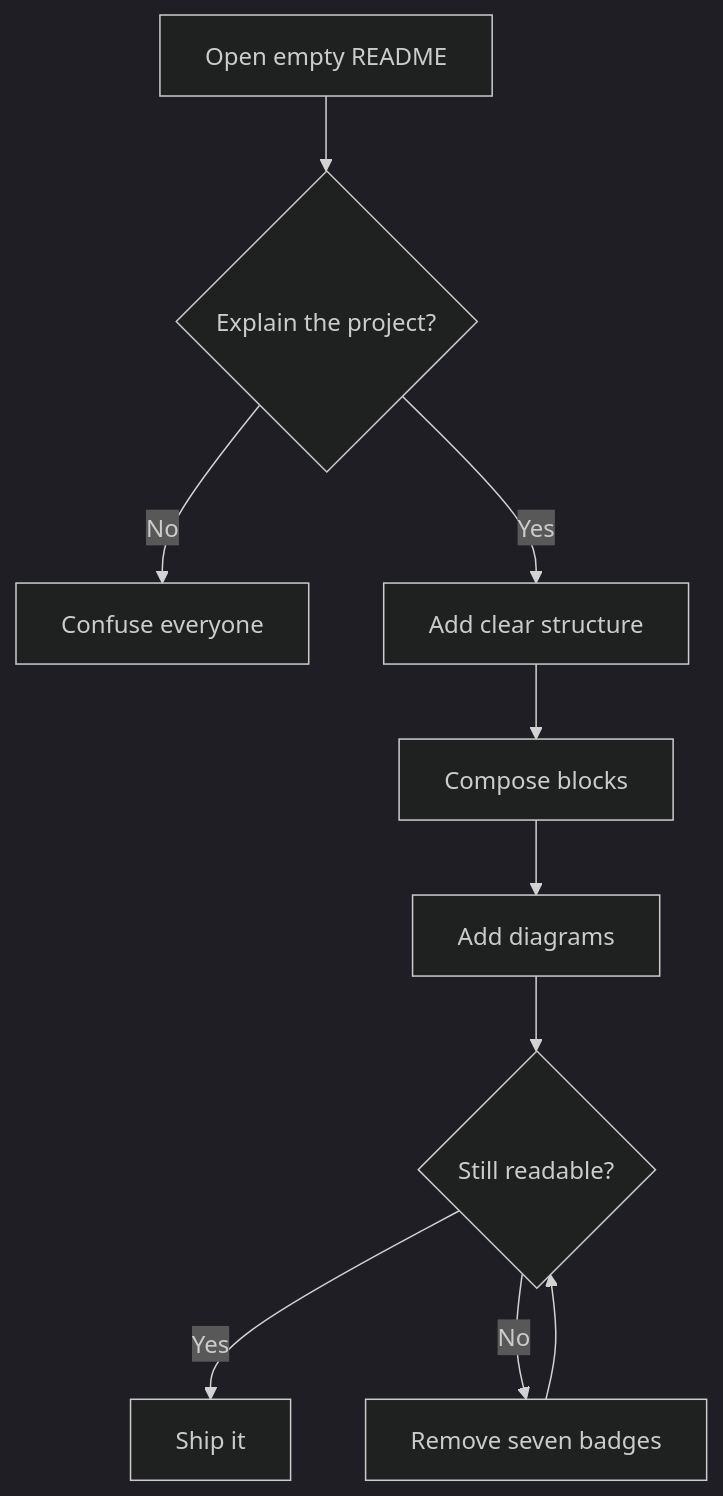
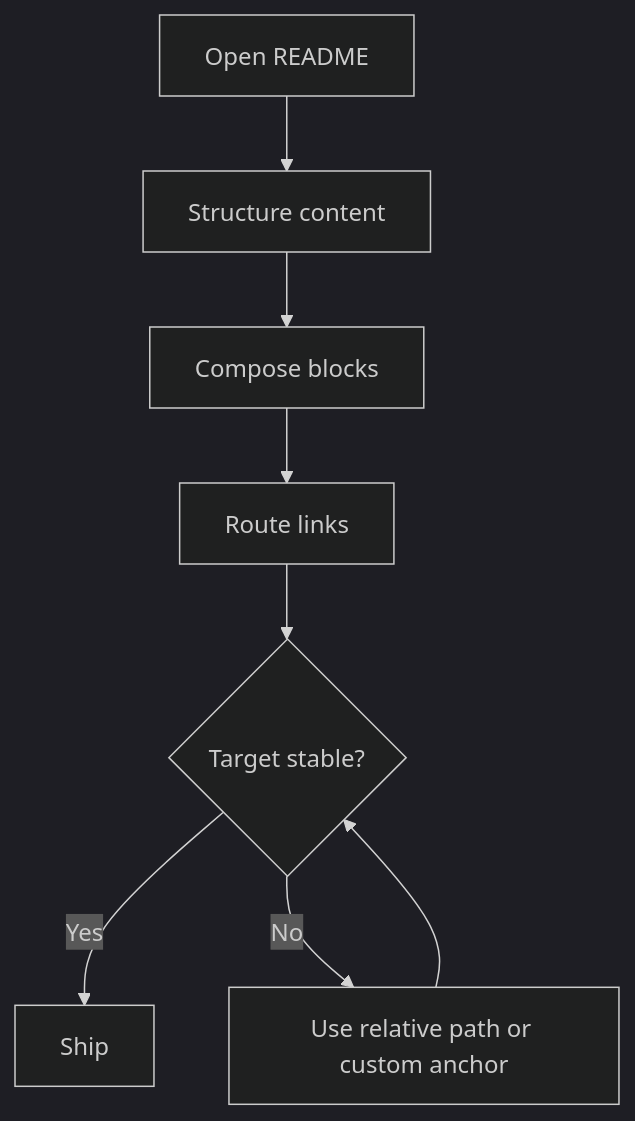
The second of 4 diagrams in README.md (thiepn/markdown), drawn with Mermaid (dark theme) before and after one commit. The commit also changed other lines of this file, not shown here.

Commit message:
docs: expand links and GitHub-native references

````diff
--- a/README.md
+++ b/README.md
@@ -838,12 +685,10 @@
 ```mermaid
 flowchart TD
-    A[Open empty README] --> B{Explain the project?}
-    B -- No --> C[Confuse everyone]
-    B -- Yes --> E[Add clear structure]
-    E --> F[Compose blocks]
-    F --> G[Add diagrams]
-    G --> H{Still readable?}
-    H -- Yes --> I[Ship it]
-    H -- No --> J[Remove seven badges]
-    J --> H
+    A[Open README] --> B[Structure content]
+    B --> C[Compose blocks]
+    C --> D[Route links]
+    D --> E{Target stable?}
+    E -- Yes --> F[Ship]
+    E -- No --> G[Use relative path or custom anchor]
+    G --> E
 ```
````
